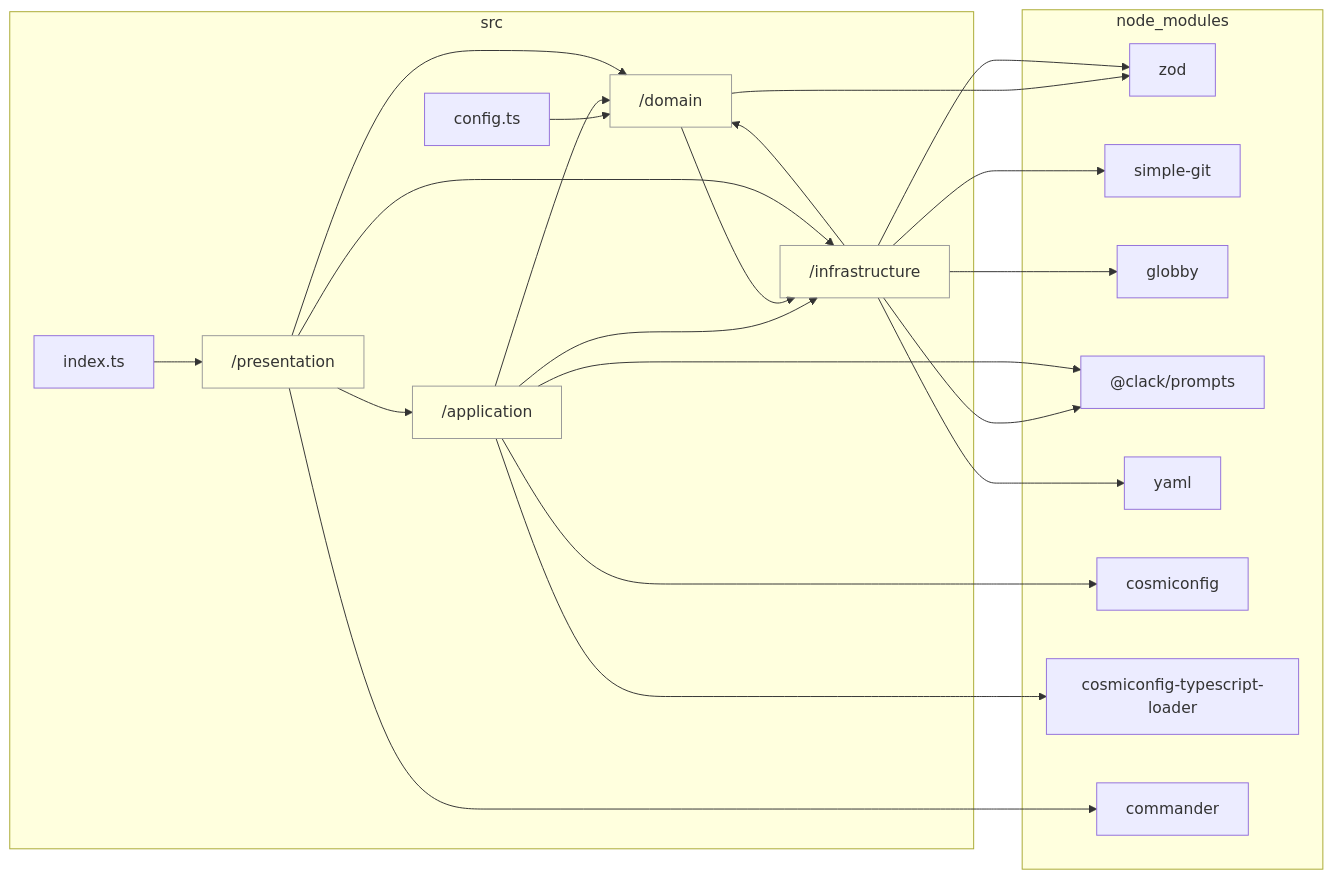
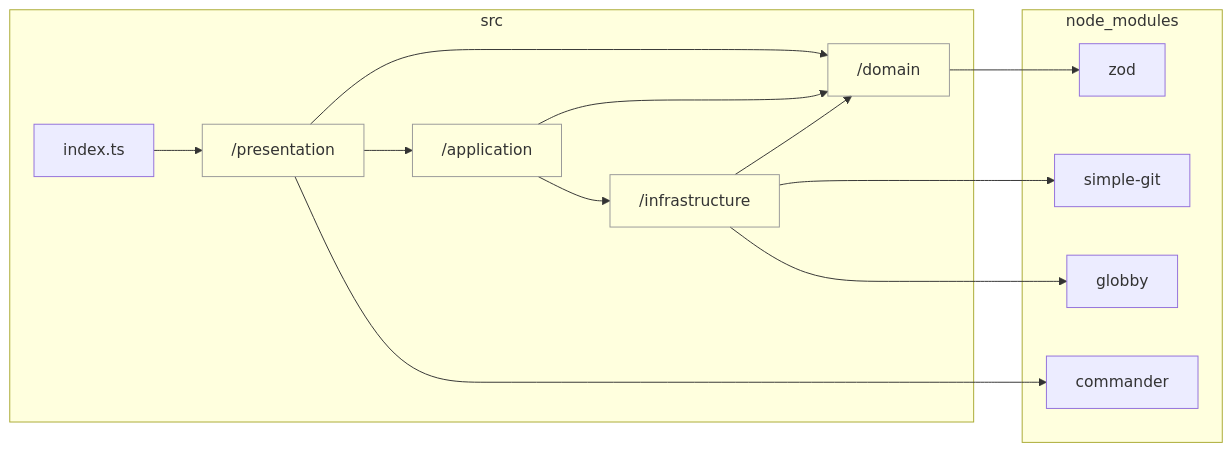
One commit to sugurutakahashi-1234/readme-i18n-sentinel changed the diagram in docs/reports/dependencies/layers.md. Above: the diagram before and after it, drawn with Mermaid. The commit also changed 36 other files, not shown here.

````diff
--- a/docs/reports/dependencies/layers.md
+++ b/docs/reports/dependencies/layers.md
@@ -7,41 +7,27 @@
 ```mermaid
 flowchart LR
     classDef dir fill:#0000,stroke:#999
     subgraph src["src"]
         src/domain["/domain"]:::dir
-        src/config.ts["config.ts"]
         src/infrastructure["/infrastructure"]:::dir
         src/application["/application"]:::dir
         src/presentation["/presentation"]:::dir
         src/index.ts["index.ts"]
     end
     subgraph node//modules["node_modules"]
         node//modules/zod/index.d.cts["zod"]
         node//modules/simple//git/dist/typings/index.d.ts["simple-git"]
         node//modules/globby/index.d.ts["globby"]
-        node//modules///clack/prompts/dist/index.d.ts["@clack/prompts"]
-        node//modules/yaml/dist/index.d.ts["yaml"]
-        node//modules/cosmiconfig/dist/index.d.ts["cosmiconfig"]
-        node//modules/cosmiconfig//typescript//loader/dist/types/index.d.ts["cosmiconfig-typescript-loader"]
         node//modules/commander/typings/index.d.ts["commander"]
     end
     src/domain-->node//modules/zod/index.d.cts
-    src/config.ts-->src/domain
     src/infrastructure-->node//modules/simple//git/dist/typings/index.d.ts
     src/infrastructure-->src/domain
     src/infrastructure-->node//modules/globby/index.d.ts
     src/application-->src/domain
     src/application-->src/infrastructure
-    src/infrastructure-->node//modules///clack/prompts/dist/index.d.ts
-    src/infrastructure-->node//modules/yaml/dist/index.d.ts
-    src/application-->node//modules///clack/prompts/dist/index.d.ts
-    src/infrastructure-->node//modules/zod/index.d.cts
-    src/application-->node//modules/cosmiconfig/dist/index.d.ts
-    src/application-->node//modules/cosmiconfig//typescript//loader/dist/types/index.d.ts
-    src/domain-->src/infrastructure
     src/presentation-->node//modules/commander/typings/index.d.ts
     src/presentation-->src/application
     src/presentation-->src/domain
-    src/presentation-->src/infrastructure
     src/index.ts-->src/presentation
 ```
````
